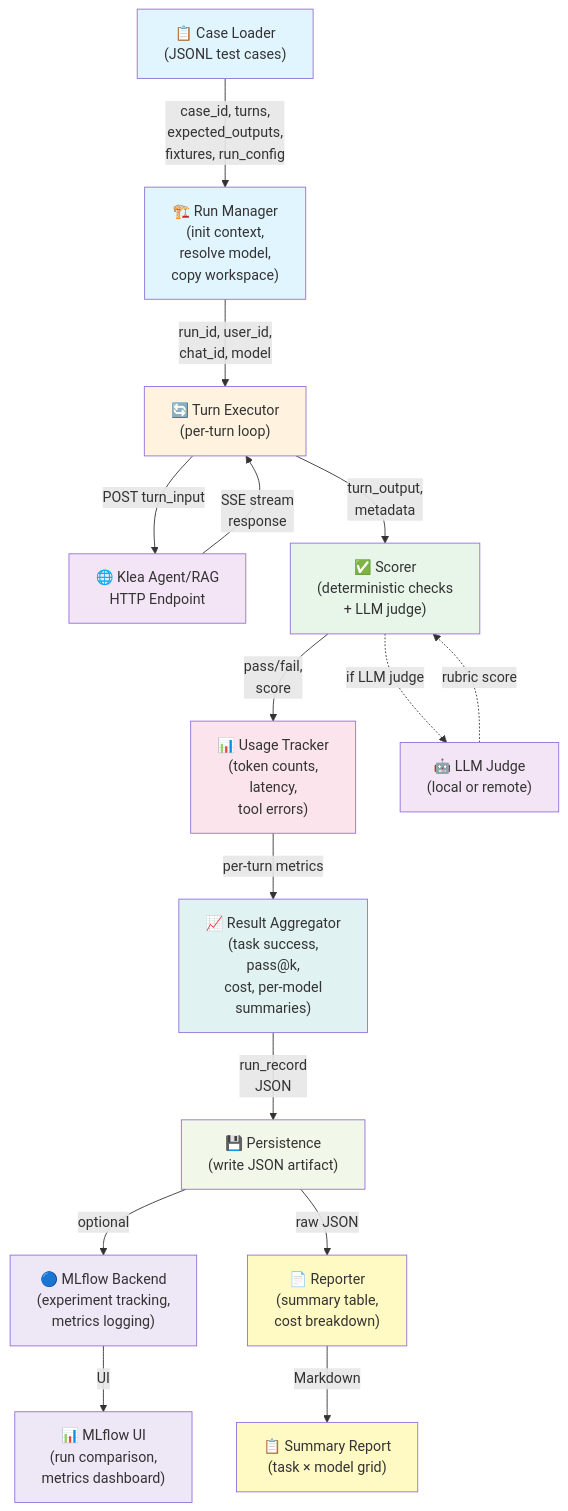
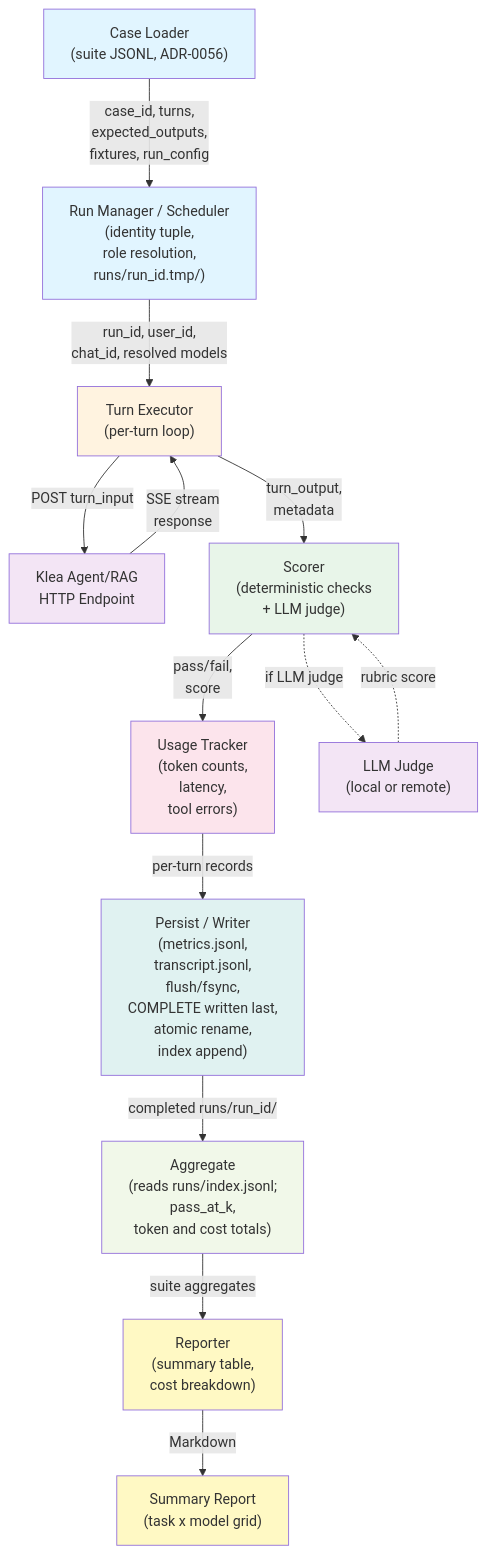
Before and after one commit to NeuroML/klea: the diagram in devdocs/system/agent-evaluation-harness.md, drawn with Mermaid. The commit also changed other lines of this file, not shown here.

````diff
--- a/devdocs/system/agent-evaluation-harness.md
+++ b/devdocs/system/agent-evaluation-harness.md
@@ -285,42 +253,36 @@
 ```mermaid
 graph TD
-    A["📋 Case Loader<br/>(JSONL test cases)"] -->|case_id, turns,<br/>expected_outputs,<br/>fixtures, run_config| B["🏗️ Run Manager<br/>(init context,<br/>resolve model,<br/>copy workspace)"]
+    A["Case Loader<br/>(suite JSONL, ADR-0056)"] -->|case_id, turns,<br/>expected_outputs,<br/>fixtures, run_config| B["Run Manager / Scheduler<br/>(identity tuple,<br/>role resolution,<br/>runs/run_id.tmp/)"]
 
-    B -->|run_id, user_id,<br/>chat_id, model| C["🔄 Turn Executor<br/>(per-turn loop)"]
+    B -->|run_id, user_id,<br/>chat_id, resolved models| C["Turn Executor<br/>(per-turn loop)"]
 
-    C -->|POST turn_input| D["🌐 Klea Agent/RAG<br/>HTTP Endpoint"]
+    C -->|POST turn_input| D["Klea Agent/RAG<br/>HTTP Endpoint"]
     D -->|SSE stream<br/>response| C
 
-    C -->|turn_output,<br/>metadata| E["✅ Scorer<br/>(deterministic checks<br/>+ LLM judge)"]
+    C -->|turn_output,<br/>metadata| E["Scorer<br/>(deterministic checks<br/>+ LLM judge)"]
 
-    E -->|pass/fail,<br/>score| F["📊 Usage Tracker<br/>(token counts,<br/>latency,<br/>tool errors)"]
+    E -->|pass/fail,<br/>score| F["Usage Tracker<br/>(token counts,<br/>latency,<br/>tool errors)"]
 
-    F -->|per-turn metrics| G["📈 Result Aggregator<br/>(task success,<br/>pass@k,<br/>cost, per-model<br/>summaries)"]
+    F -->|per-turn records| G["Persist / Writer<br/>(metrics.jsonl,<br/>transcript.jsonl,<br/>flush/fsync,<br/>COMPLETE written last,<br/>atomic rename,<br/>index append)"]
 
-    G -->|run_record<br/>JSON| H["💾 Persistence<br/>(write JSON artifact)"]
+    G -->|completed runs/run_id/| H["Aggregate<br/>(reads runs/index.jsonl;<br/>pass_at_k,<br/>token and cost totals)"]
 
-    H -->|optional| I["🔵 MLflow Backend<br/>(experiment tracking,<br/>metrics logging)"]
+    H -->|suite aggregates| J["Reporter<br/>(summary table,<br/>cost breakdown)"]
 
-    H -->|raw JSON| J["📄 Reporter<br/>(summary table,<br/>cost breakdown)"]
+    J -->|Markdown| M["Summary Report<br/>(task x model grid)"]
 
-    E -.->|if LLM judge| K["🤖 LLM Judge<br/>(local or remote)"]
+    E -.->|if LLM judge| K["LLM Judge<br/>(local or remote)"]
     K -.->|rubric score| E
-
-    I -->|UI| L["📊 MLflow UI<br/>(run comparison,<br/>metrics dashboard)"]
-
-    J -->|Markdown| M["📋 Summary Report<br/>(task × model grid)"]
 
     style A fill:#e1f5ff
     style B fill:#e1f5ff
     style C fill:#fff3e0
     style D fill:#f3e5f5
     style E fill:#e8f5e9
     style F fill:#fce4ec
     style G fill:#e0f2f1
     style H fill:#f1f8e9
-    style I fill:#ede7f6
     style J fill:#fff9c4
     style K fill:#f3e5f5
-    style L fill:#ede7f6
     style M fill:#fff9c4
 ```
````
